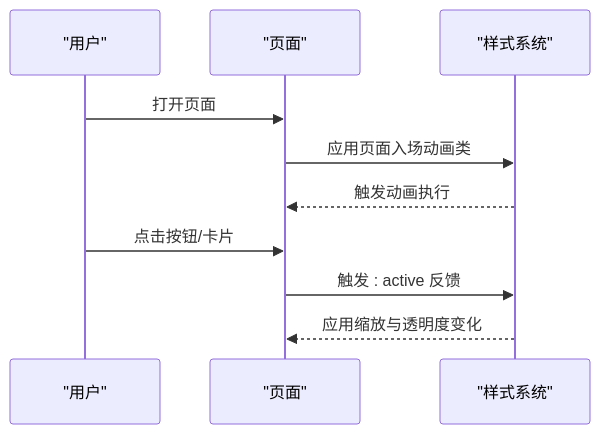
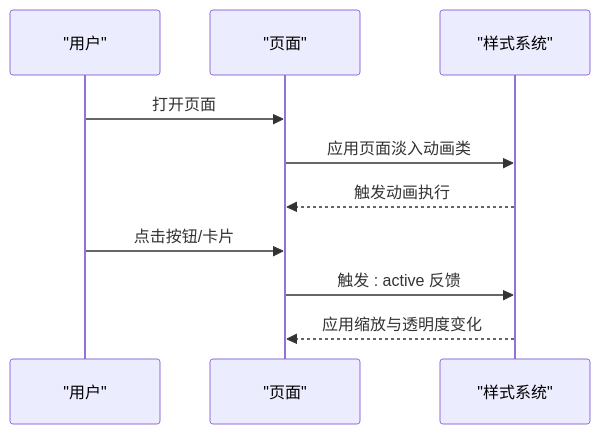
One commit to jianai0330/Fast-F1 changed diagram 11 of 13 in .qoder/repowiki/zh/content/微信小程序前端/样式管理与主题.md. Above: the diagram before and after it, drawn with Mermaid. The commit also changed other lines of this file and 22 other files, not shown here.

````diff
--- a/.qoder/repowiki/zh/content/微信小程序前端/样式管理与主题.md
+++ b/.qoder/repowiki/zh/content/微信小程序前端/样式管理与主题.md
@@ -411,12 +475,12 @@
 ```mermaid
 sequenceDiagram
 participant U as "用户"
 participant P as "页面"
 participant S as "样式系统"
 U->>P : 打开页面
-P->>S : 应用页面入场动画类
+P->>S : 应用页面淡入动画类
 S-->>P : 触发动画执行
 U->>P : 点击按钮/卡片
 P->>S : 触发 : active 反馈
 S-->>P : 应用缩放与透明度变化
 ```
````
